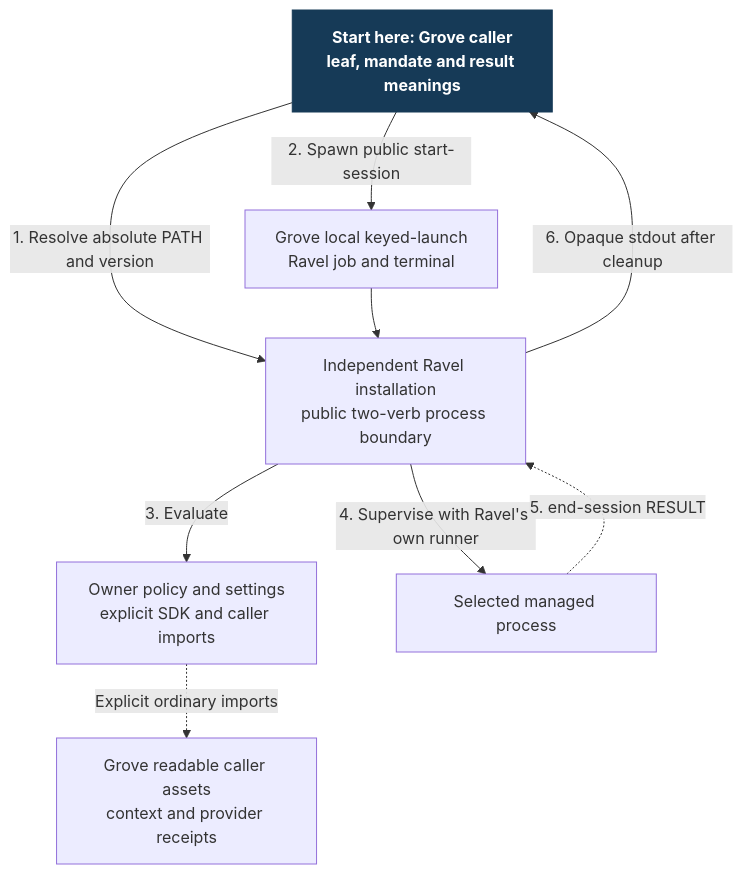
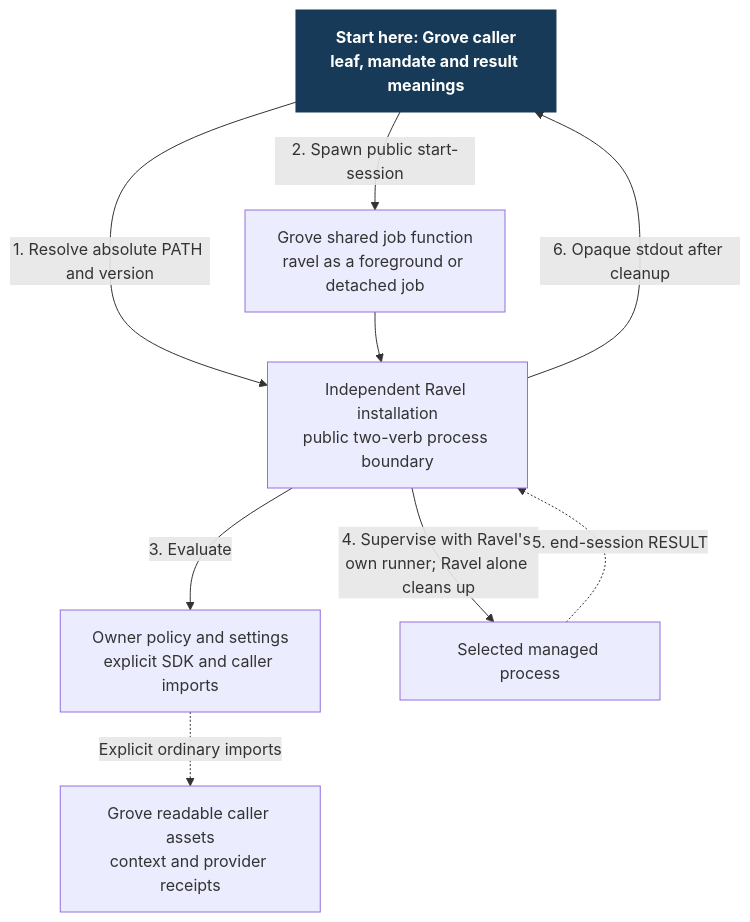
The diagram in docs/design/harness-selection-and-execution/packages.mmd (Linkuistics/grove), drawn with Mermaid before and after one commit. The commit also changed 14 other files, not shown here.

First line of the commit message:
ravel-child-k2: design how Grove starts ravel as an ordinary child

```diff
--- a/docs/design/harness-selection-and-execution/packages.mmd
+++ b/docs/design/harness-selection-and-execution/packages.mmd
@@ -1,21 +1,21 @@
 flowchart TB
   Caller["Start here: Grove caller
 leaf, mandate and result meanings"]:::start
   Assets["Grove readable caller assets
 context and provider receipts"]
-  Local["Grove local keyed-launch
-Ravel job and terminal"]
+  Local["Grove shared job function
+ravel as a foreground or detached job"]
   Ravel["Independent Ravel installation
 public two-verb process boundary"]
   Policy["Owner policy and settings
 explicit SDK and caller imports"]
   Child["Selected managed process"]
   Caller -->|"1. Resolve absolute PATH and version"| Ravel
   Caller -->|"2. Spawn public start-session"| Local
   Local --> Ravel
   Ravel -->|"3. Evaluate"| Policy
   Policy -.->|"Explicit ordinary imports"| Assets
-  Ravel -->|"4. Supervise with Ravel's own runner"| Child
+  Ravel -->|"4. Supervise with Ravel's own runner; Ravel alone cleans up"| Child
   Child -.->|"5. end-session RESULT"| Ravel
   Ravel -->|"6. Opaque stdout after cleanup"| Caller
   classDef start fill:#163a57,color:#fff,stroke:#163a57,font-weight:bold
```
